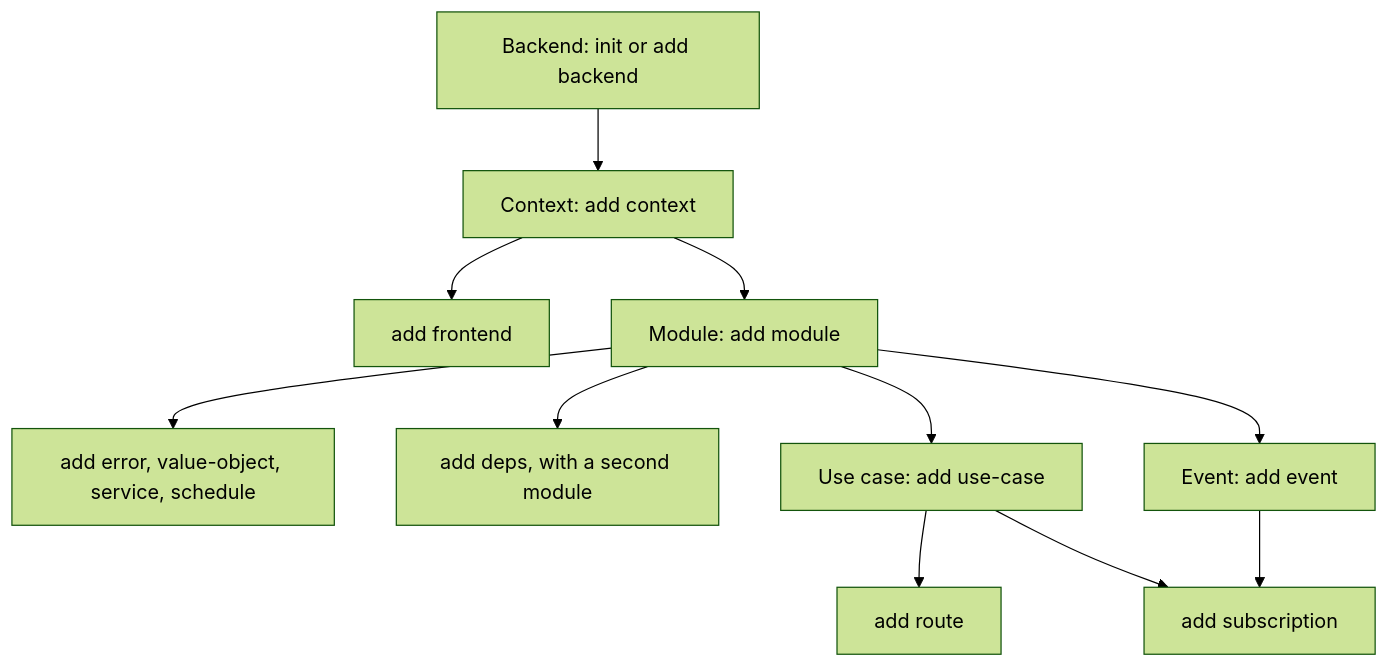
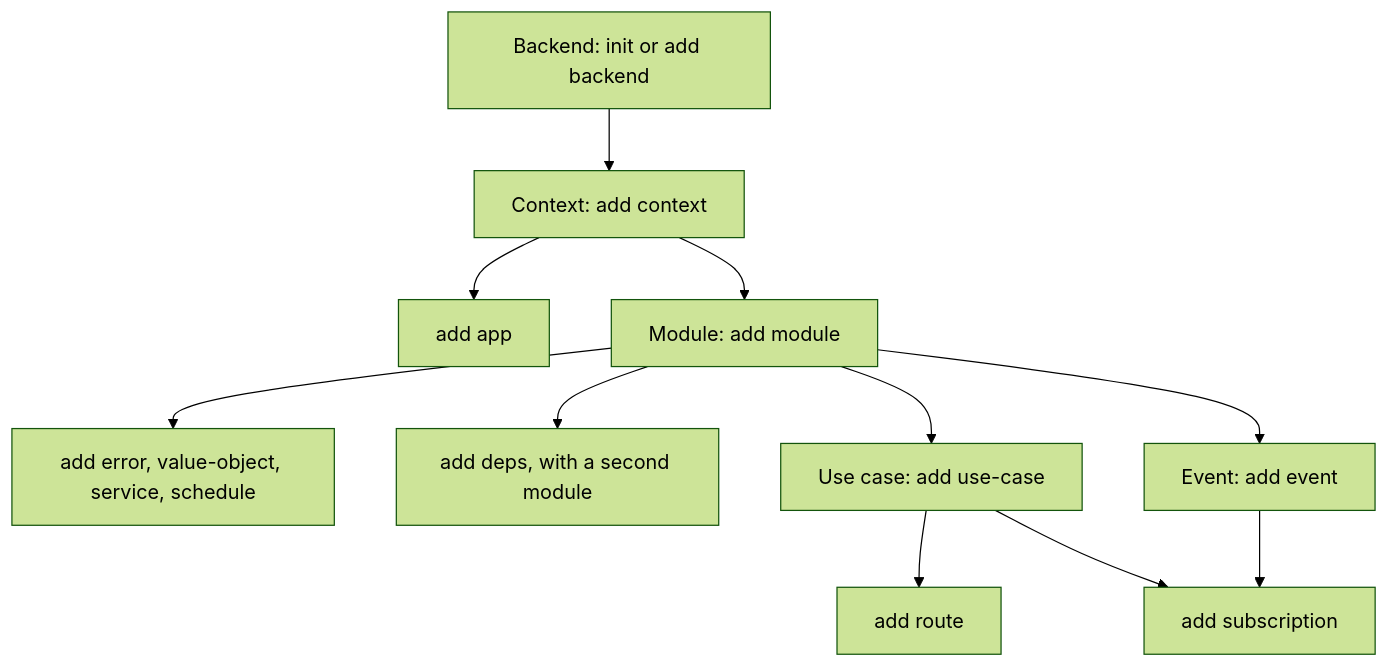
The diagram in web/src/content/docs/reference/cli/overview.md (newt-js/newt), drawn with Mermaid (forest theme) before and after one commit. The commit also changed other lines of this file and 33 other files, not shown here.

Commit message:
refactor: call a context's app an app everywhere: newt add app and the app-imports lint rule

````diff
--- a/web/src/content/docs/reference/cli/overview.md
+++ b/web/src/content/docs/reference/cli/overview.md
@@ -50,13 +50,13 @@
 ```mermaid
 flowchart TD
   backend["Backend: init or add backend"] --> context["Context: add context"]
-  context --> frontend["add frontend"]
+  context --> app["add app"]
   context --> module["Module: add module"]
   module --> pieces["add error, value-object, service, schedule"]
   module --> deps["add deps, with a second module"]
   module --> useCase["Use case: add use-case"]
   module --> event["Event: add event"]
   useCase --> route["add route"]
   useCase --> subscription["add subscription"]
   event --> subscription
 ```
````
